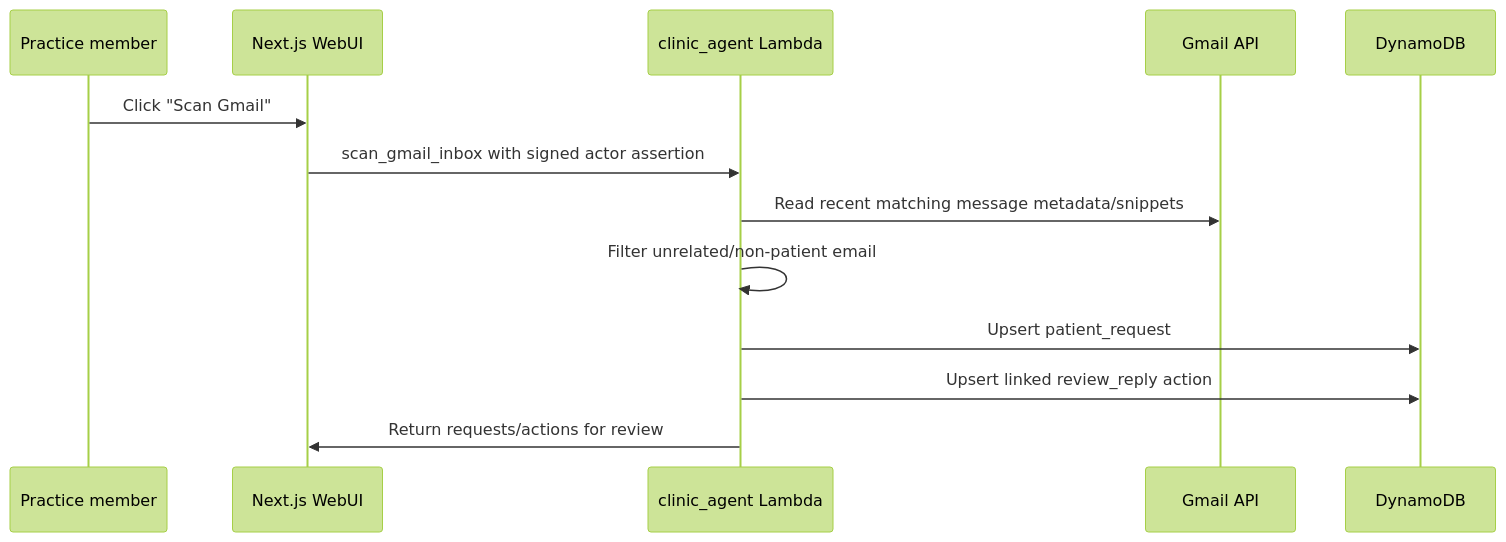
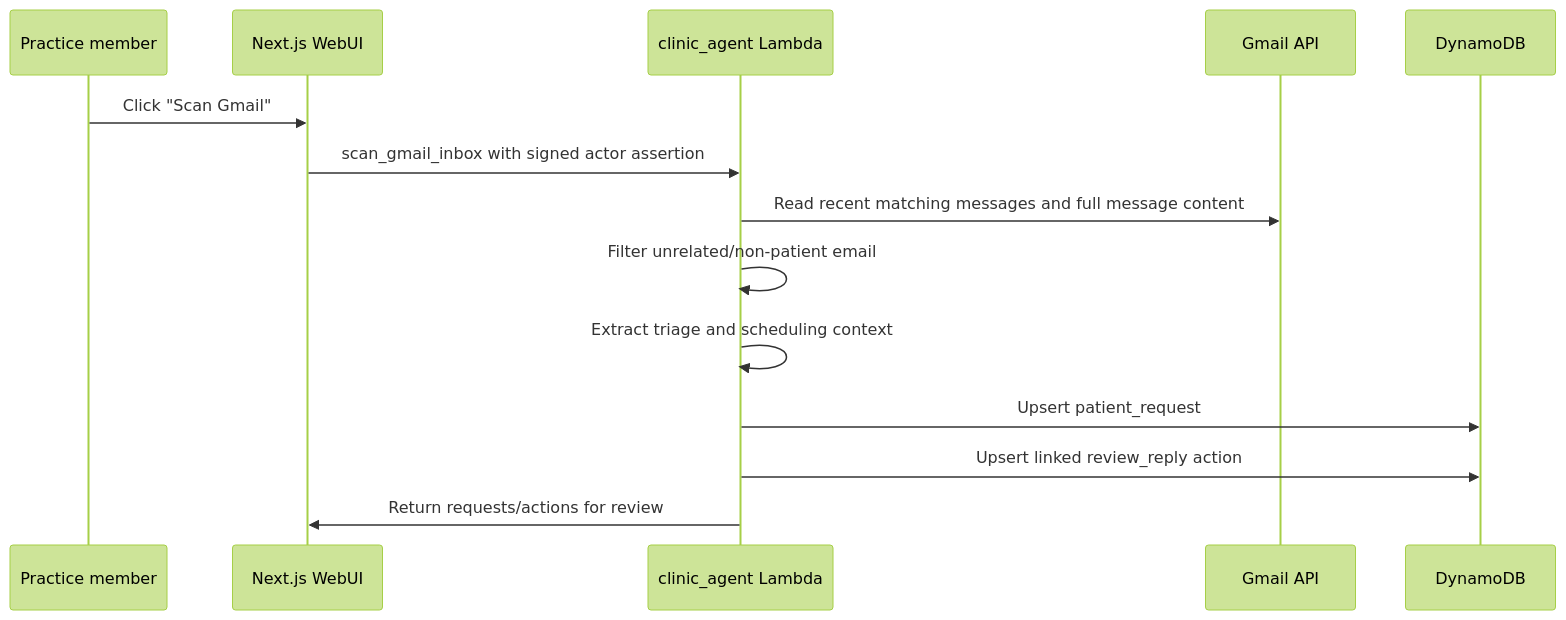
One commit to suhanisho/infiapp changed the third of 5 diagrams in docs/high-level-design.md. Above: the diagram before and after it, drawn with Mermaid (forest theme). The commit also changed other lines of this file, not shown here.

````diff
--- a/docs/high-level-design.md
+++ b/docs/high-level-design.md
@@ -258,16 +258,17 @@
 ```mermaid
 sequenceDiagram
     participant User as Practice member
     participant Web as Next.js WebUI
     participant Lambda as clinic_agent Lambda
     participant Gmail as Gmail API
     participant DB as DynamoDB
 
     User->>Web: Click "Scan Gmail"
     Web->>Lambda: scan_gmail_inbox with signed actor assertion
-    Lambda->>Gmail: Read recent matching message metadata/snippets
+    Lambda->>Gmail: Read recent matching messages and full message content
     Lambda->>Lambda: Filter unrelated/non-patient email
+    Lambda->>Lambda: Extract triage and scheduling context
     Lambda->>DB: Upsert patient_request
     Lambda->>DB: Upsert linked review_reply action
     Lambda->>Web: Return requests/actions for review
 ```
````
